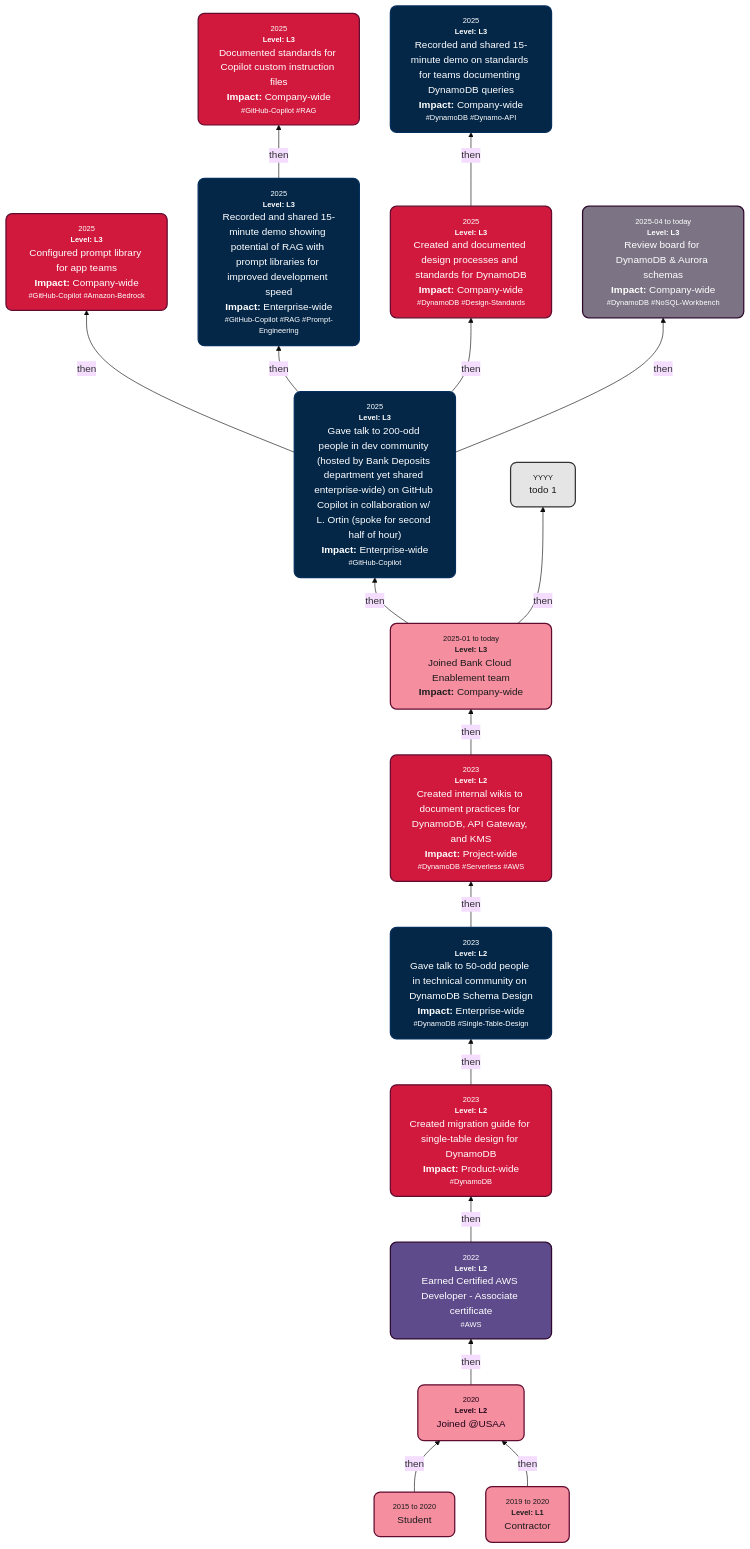
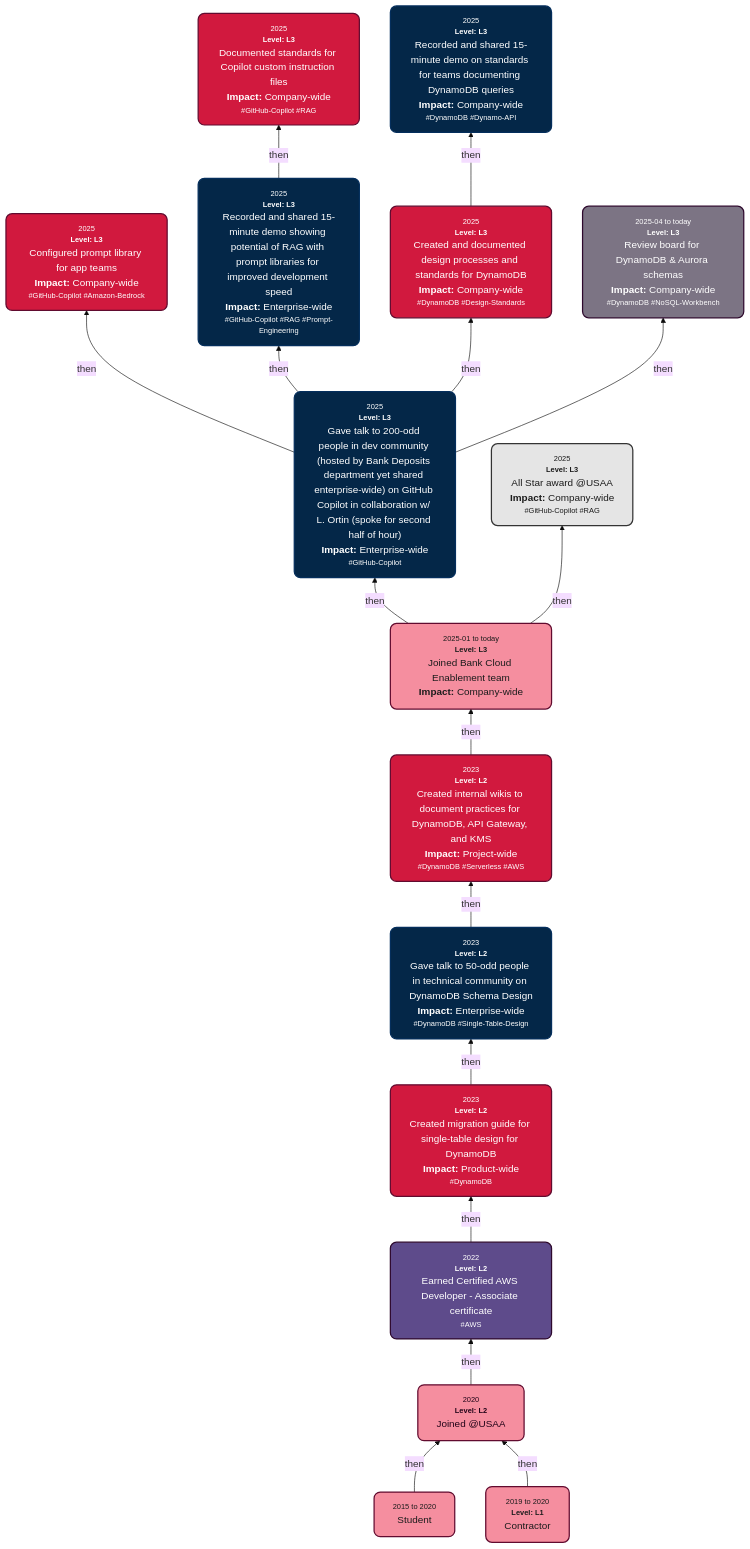
One commit to s-sepanski/portfolio changed the diagram in README.md. Above: the diagram before and after it, drawn with Mermaid (base theme).

Commit message:
task: add update from 2025

````diff
--- a/README.md
+++ b/README.md
@@ -40,36 +40,36 @@
 ```mermaid
 graph BT
     PreStudentNode["<div style='font-size:75%;  color:#848484; text-align:center;'>2015 to 2020</div>Student"] -->|then| A["<div style='font-size:75%; color:#848484; text-align:center;'>2020</div><div style='font-size:75%; color:#848484; text-align:center;'><b>Level: L2</b><br/></div>Joined @USAA<br>"]
     ContractorNode["<div style='font-size:75%; color:#848484; text-align:center;'>2019 to 2020</div><div style='font-size:75%; color:#848484; text-align:center;'><b>Level: L1</b></div>Contractor"] -->|then| A
     A -->|then| Credential1["<div style='font-size:75%; color:#848484; text-align:center;'>2022</div><div style='font-size:75%; color:#848484; text-align:center;'><b>Level: L2</b></div>Earned Certified AWS Developer - Associate certificate<br/><div style='font-size:75%; color:#848484; text-align:center;'>#AWS</div>"]
     Credential1 -->|then| Creation1["<div style='font-size:75%; color:#848484; text-align:center;'>2023</div><div style='font-size:75%; color:#848484; text-align:center;'><b>Level: L2</b><br/></div>Created migration guide for single-table design for DynamoDB<br/><b>Impact: </b>Product-wide<div style='font-size:75%; color:#848484; text-align:center;'>#DynamoDB<br/></div>"]
     Creation1 -->|then| Chat["<div style='font-size:75%; color:#848484; text-align:center;'>2023</div><div style='font-size:75%; color:#848484; text-align:center;'><b>Level: L2</b><br/></div>Gave talk to 50-odd people in technical community on DynamoDB Schema Design<br/><b>Impact: </b>Enterprise-wide<div style='font-size:75%; color:#848484; text-align:center;'>#DynamoDB #Single-Table-Design<br/></div>"]
     Chat -->|then| Creation2["<div style='font-size:75%; color:#848484; text-align:center;'>2023</div><div style='font-size:75%; color:#848484; text-align:center;'><b>Level: L2</b><br/></div>Created internal wikis to document practices for DynamoDB, API Gateway, and KMS<br/><b>Impact: </b>Project-wide<div style='font-size:75%; color:#848484; text-align:center;'>#DynamoDB #Serverless #AWS<br/></div>"]
     Creation2 -->|then| B["<div style='font-size:75%; color:#848484; text-align:center;'>2025-01 to today</div><div style='font-size:75%; color:#848484; text-align:center;'><b>Level: L3</b><br/></div>Joined Bank Cloud Enablement team<br/><b>Impact: </b>Company-wide"]
     B -->|then| C["<div style='font-size:75%; color:#848484; text-align:center;'>2025</div><div style='font-size:75%; color:#848484; text-align:center;'><b>Level: L3</b><br/></div>Gave talk to 200-odd people in dev community (hosted by Bank Deposits department yet shared enterprise-wide) on GitHub Copilot in collaboration w/ L. Ortin (spoke for second half of hour)<br/><b>Impact: </b>Enterprise-wide<div style='font-size:75%; color:#848484; text-align:center;'>#GitHub-Copilot<br/></div>"]
     C -->|then| CreationPromptLib["<div style='font-size:75%; color:#848484; text-align:center;'>2025</div><div style='font-size:75%; color:#848484; text-align:center;'><b>Level: L3</b><br/></div>Configured prompt library for app teams<br/><b>Impact: </b>Company-wide<div style='font-size:75%; color:#848484; text-align:center;'>#GitHub-Copilot #Amazon-Bedrock<br/></div>"]
     C -->|then| D["<div style='font-size:75%; color:#848484; text-align:center;'>2025</div><div style='font-size:75%; color:#848484; text-align:center;'><b>Level: L3</b><br/></div>Recorded and shared 15-minute demo showing potential of RAG with prompt libraries for improved development speed<br/><b>Impact: </b>Enterprise-wide<div style='font-size:75%; color:#848484; text-align:center;'>#GitHub-Copilot #RAG #Prompt-Engineering<br/></div>"]
     C -->|then| CreationDesign["<div style='font-size:75%; color:#848484; text-align:center;'>2025</div><div style='font-size:75%; color:#848484; text-align:center;'><b>Level: L3</b><br/></div>Created and documented design processes and standards for DynamoDB<br/><b>Impact: </b>Company-wide<div style='font-size:75%; color:#848484; text-align:center;'>#DynamoDB #Design-Standards<br/></div>"]
     CreationDesign -->|then| Chat2["<div style='font-size:75%; color:#848484; text-align:center;'>2025</div><div style='font-size:75%; color:#848484; text-align:center;'><b>Level: L3</b><br/></div>Recorded and shared 15-minute demo on standards for teams documenting DynamoDB queries<br/><b>Impact: </b>Company-wide<div style='font-size:75%; color:#848484; text-align:center;'>#DynamoDB #Dynamo-API<br/></div>"]
-    B -->|then| E["<div style='font-size:75%; color:#848484; text-align:center;'>YYYY</div>todo 1"]
+    B -->|then| E["<div style='font-size:75%; color:#848484; text-align:center;'>2025</div><div style='font-size:75%; color:#848484; text-align:center;'><b>Level: L3</b><br/></div>All Star award @USAA<br/><b>Impact: </b>Company-wide<div style='font-size:75%; color:#848484; text-align:center;'>#GitHub-Copilot #RAG<br/></div>"]
     C -->|then| F["<div style='font-size:75%; color:#848484; text-align:center;'>2025-04 to today</div><div style='font-size:75%; color:#848484; text-align:center;'><b>Level: L3</b><br/></div>Review board for DynamoDB & Aurora schemas<br/><b>Impact: </b>Company-wide<div style='font-size:75%; color:#848484; text-align:center;'>#DynamoDB #NoSQL-Workbench<br/></div>"]
     D -->|then| G["<div style='font-size:75%; color:#848484; text-align:center;'>2025</div><div style='font-size:75%; color:#848484; text-align:center;'><b>Level: L3</b><br/></div>Documented standards for Copilot custom instruction files<br/><b>Impact: </b>Company-wide<div style='font-size:75%; color:#848484; text-align:center;'>#GitHub-Copilot #RAG<br/></div>"]
     style PreStudentNode fill:#f58e9f,stroke:#610b2f,stroke-width:2px,color:#1c1c1c
     style ContractorNode fill:#f58e9f,stroke:#610b2f,stroke-width:2px,color:#1c1c1c
     style A fill:#f58e9f,stroke:#610b2f,stroke-width:2px,color:#230519
     style Credential1 fill:#5e4b8b,stroke:#2e092d,stroke-width:2px,color:#FFFFFF
     style Creation1 fill:#d1193e,stroke:#610b2f,stroke-width:2px,color:#FFFFFF
     style Chat fill:#042748,stroke:#042e5c,stroke-width:2px,color:#FFFFFF
     style Creation2 fill:#d1193e,stroke:#610b2f,stroke-width:2px,color:#FFFFFF
     style B fill:#f58e9f,stroke:#610b2f,stroke-width:2px,color:#1c1c1c
     style C fill:#042748,stroke:#042e5c,stroke-width:2px,color:#FFFFFF
     style D fill:#042748,stroke:#042e5c,stroke-width:2px,color:#FFFFFF
     style E fill:#e5e5e5,stroke:#343434,stroke-width:2px,color:#1c1c1c
     style F fill:#7c7484,stroke:#2e092d,stroke-width:2px,color:#FFFFFF
     style G fill:#d1193e,stroke:#610b2f,stroke-width:2px,color:#FFFFFF
     style Chat2 fill:#042748,stroke:#042e5c,stroke-width:2px,color:#FFFFFF
     style CreationPromptLib fill:#d1193e,stroke:#610b2f,stroke-width:2px,color:#FFFFFF
     style CreationDesign fill:#d1193e,stroke:#610b2f,stroke-width:2px,color:#FFFFFF
     classDef rounded stroke-width:2px,rx:10,ry:10;
     class PreStudentNode,ContractorNode,A,Credential1,Creation1,Chat,Creation2,B,C,D,E,F,G,Chat2,CreationPromptLib,CreationDesign rounded;
 ```
````
